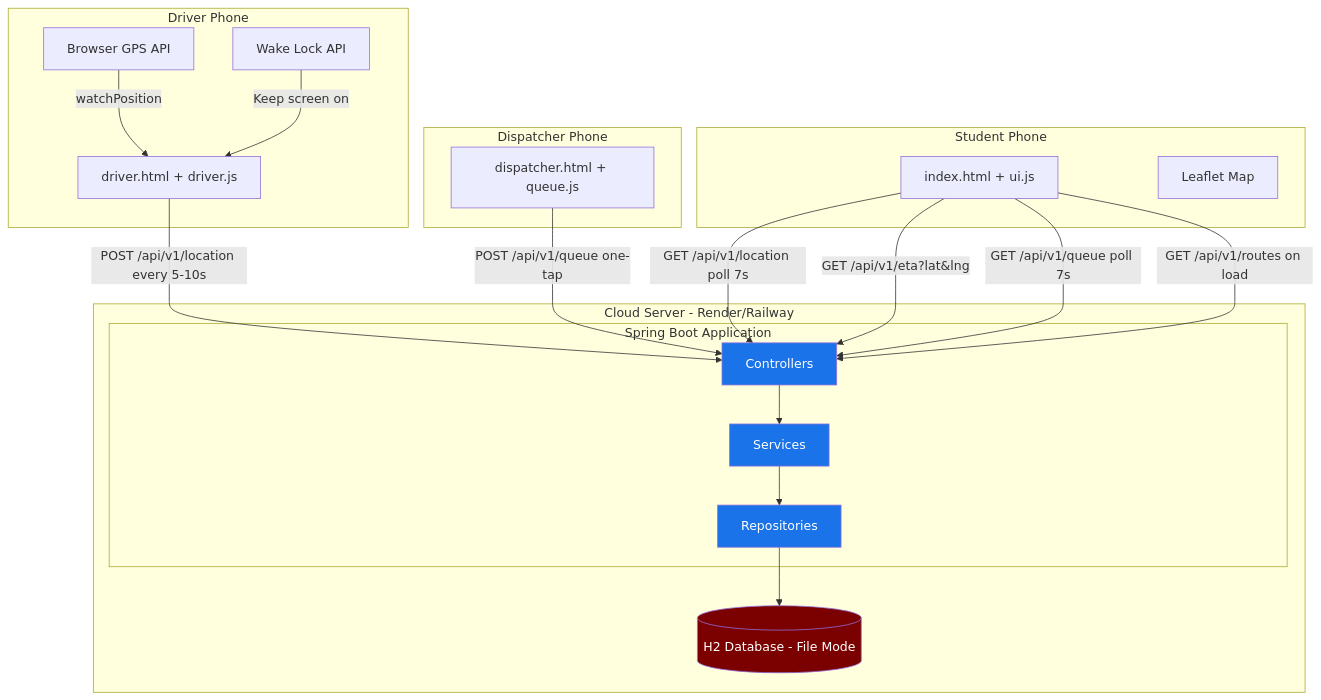
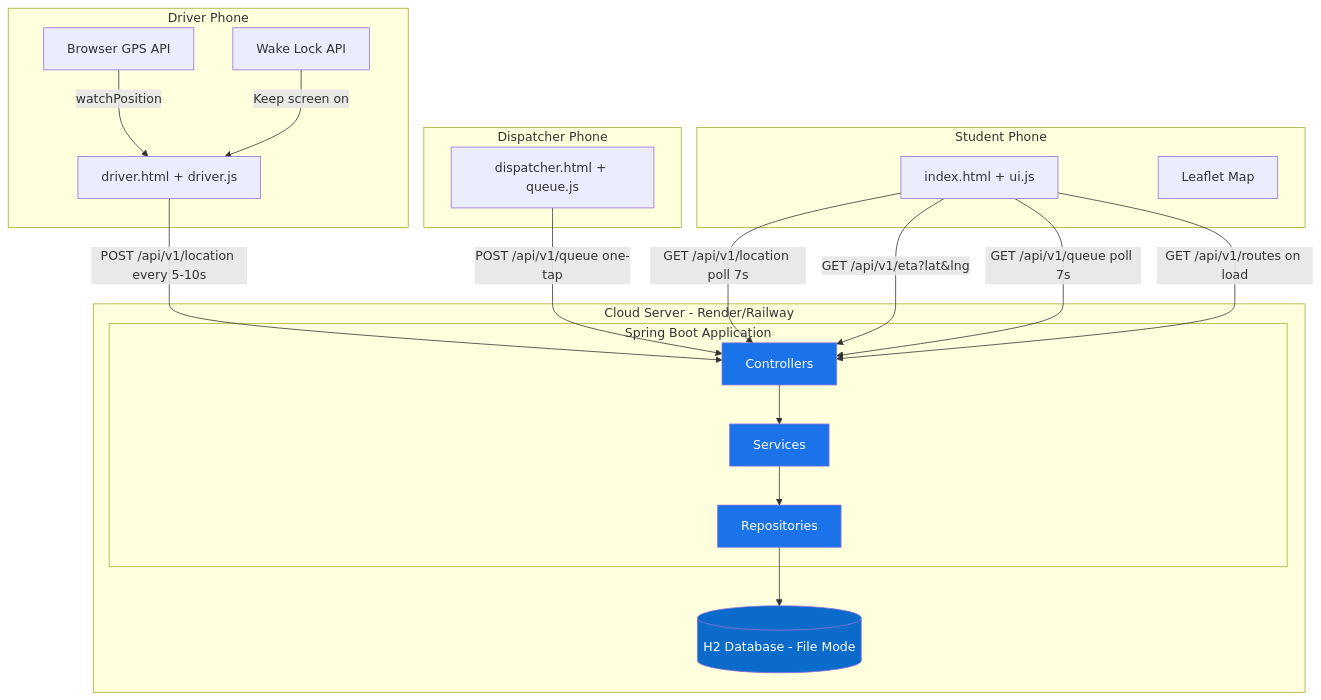
One commit to Salimmadeit/UniTrack changed the first of 6 diagrams in docs/architecture.md. Above: the diagram before and after it, drawn with Mermaid. The commit also changed other lines of this file and 29 other files, not shown here.

````diff
--- a/docs/architecture.md
+++ b/docs/architecture.md
@@ -9,43 +9,43 @@
 ```mermaid
 graph TB
     subgraph "Driver Phone"
         D[driver.html + driver.js]
         GPS[Browser GPS API]
         WL[Wake Lock API]
     end
 
     subgraph "Dispatcher Phone"
         DI[dispatcher.html + queue.js]
     end
 
     subgraph "Student Phone"
         S[index.html + ui.js]
         LF[Leaflet Map]
     end
 
     subgraph "Cloud Server - Render/Railway"
         subgraph "Spring Boot Application"
             CT[Controllers]
             SV[Services]
             RP[Repositories]
         end
         DB[(H2 Database - File Mode)]
     end
 
     GPS -->|watchPosition| D
     WL -->|Keep screen on| D
     D -->|POST /api/v1/location every 5-10s| CT
     DI -->|POST /api/v1/queue one-tap| CT
     S -->|GET /api/v1/location poll 7s| CT
     S -->|GET /api/v1/eta?lat&lng| CT
     S -->|GET /api/v1/queue poll 7s| CT
     S -->|GET /api/v1/routes on load| CT
     CT --> SV
     SV --> RP
     RP --> DB
 
-    style DB fill:#7B0000,color:#fff
+    style DB fill:#0B6BCB,color:#fff
     style CT fill:#1A73E8,color:#fff
     style SV fill:#1A73E8,color:#fff
     style RP fill:#1A73E8,color:#fff
 ```
````
